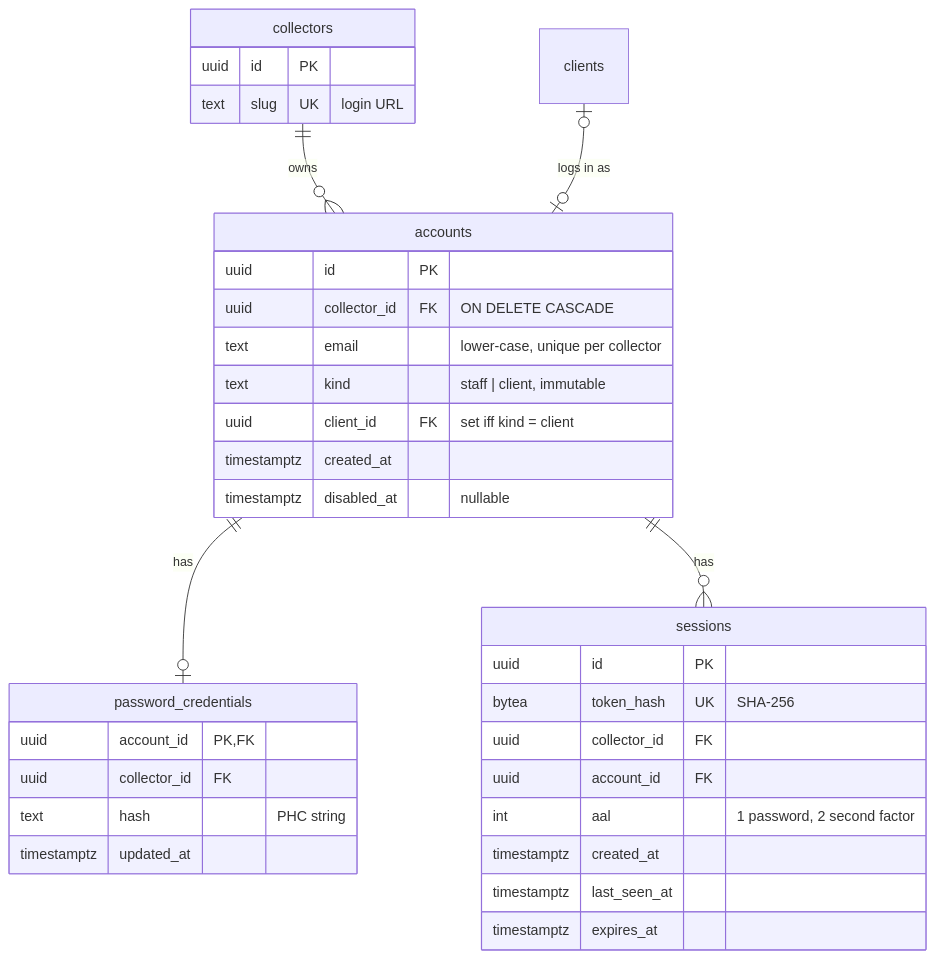
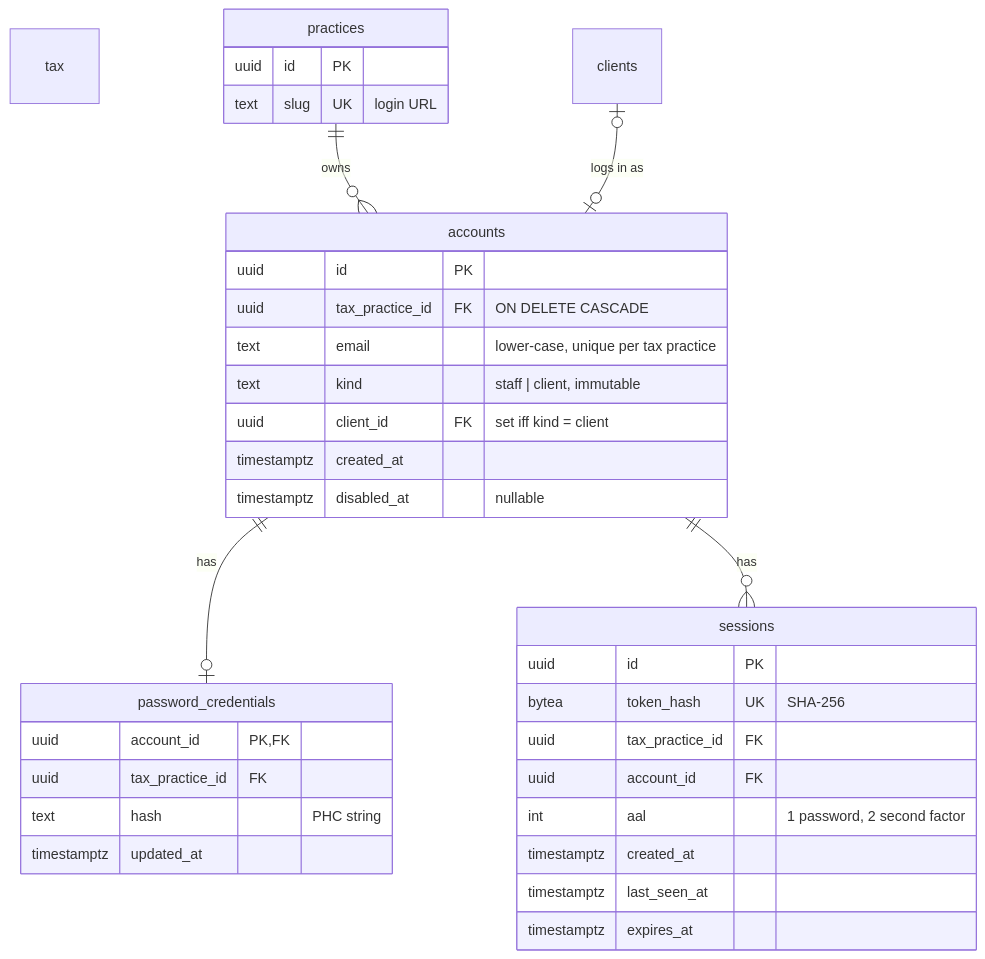
Before and after one commit to TimoSto/tax-return-organizer: the first of 2 diagrams in backend/docs/AUTHENTICATION.md, drawn with Mermaid. The commit also changed other lines of this file and 80 other files, not shown here.

First line of the commit message:
refactor: rename Collector to TaxPractice (#94)

````diff
--- a/backend/docs/AUTHENTICATION.md
+++ b/backend/docs/AUTHENTICATION.md
@@ -34,37 +34,37 @@
 ```mermaid
 erDiagram
-    collectors ||--o{ accounts : "owns"
+    tax practices ||--o{ accounts : "owns"
     clients |o--o| accounts : "logs in as"
     accounts ||--o| password_credentials : "has"
     accounts ||--o{ sessions : "has"
 
-    collectors {
+    tax practices {
         uuid id PK
         text slug UK "login URL"
     }
     accounts {
         uuid id PK
-        uuid collector_id FK "ON DELETE CASCADE"
-        text email "lower-case, unique per collector"
+        uuid tax_practice_id FK "ON DELETE CASCADE"
+        text email "lower-case, unique per tax practice"
         text kind "staff | client, immutable"
         uuid client_id FK "set iff kind = client"
         timestamptz created_at
         timestamptz disabled_at "nullable"
     }
     password_credentials {
         uuid account_id PK,FK
-        uuid collector_id FK
+        uuid tax_practice_id FK
         text hash "PHC string"
         timestamptz updated_at
     }
     sessions {
         uuid id PK
         bytea token_hash UK "SHA-256"
-        uuid collector_id FK
+        uuid tax_practice_id FK
         uuid account_id FK
         int aal "1 password, 2 second factor"
         timestamptz created_at
         timestamptz last_seen_at
         timestamptz expires_at
     }
 ```
````
